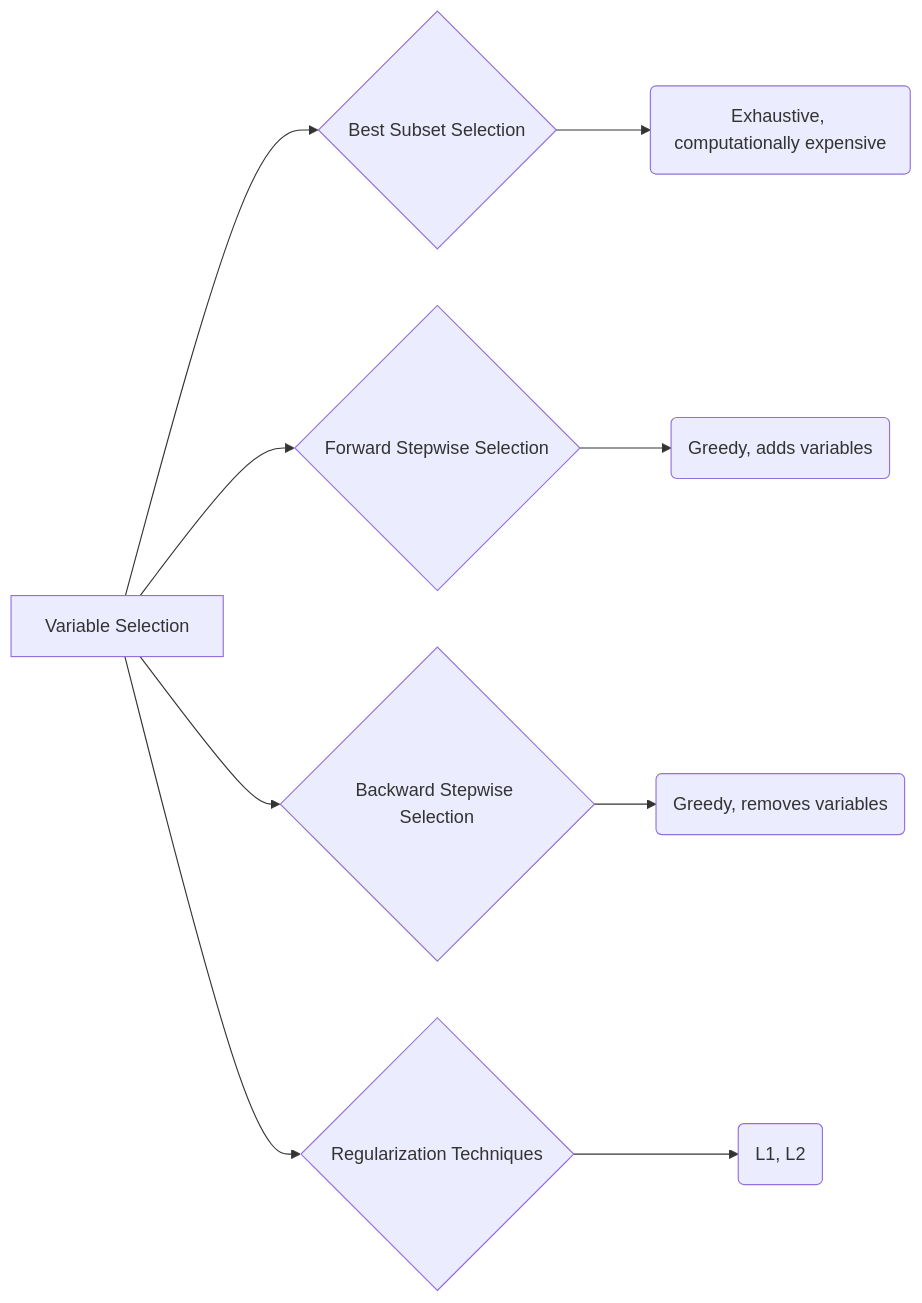
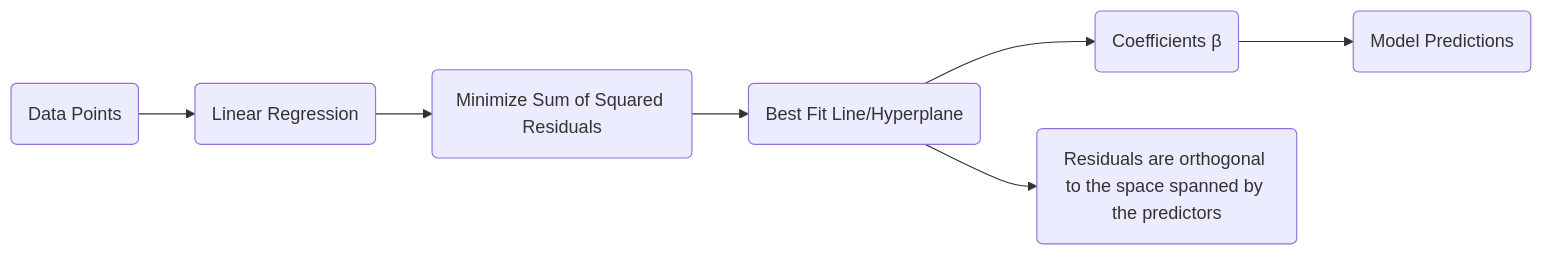
One commit to diegomrodrigues/statistical_learning_notes changed the fourth of 5 diagrams in 01. Linear Regression/01. Key Themes/01. Bias Variance Tradeoff.md. Above: the diagram before and after it, drawn with Mermaid. The commit also changed other lines of this file, not shown here.

````diff
--- a/01. Linear Regression/01. Key Themes/01. Bias Variance Tradeoff.md
+++ b/01. Linear Regression/01. Key Themes/01. Bias Variance Tradeoff.md
@@ -216,11 +258,10 @@
 ```mermaid
 graph LR
-    A["Variable Selection"] --> B{"Best Subset Selection"};
-    A --> C{"Forward Stepwise Selection"};
-    A --> D{"Backward Stepwise Selection"};
-    A --> E{"Regularization Techniques"};
-    B --> F("Exhaustive, computationally expensive");
-    C --> G("Greedy, adds variables");
-    D --> H("Greedy, removes variables");
-    E --> I("L1, L2");
+    A("Data Points") --> B("Linear Regression");
+    B --> C("Minimize Sum of Squared Residuals");
+    C --> D("Best Fit Line/Hyperplane");
+    D --> E("Coefficients β");
+        D --> F("Residuals are orthogonal to the space spanned by the predictors");
+    E --> G("Model Predictions");
+
 ```
````
